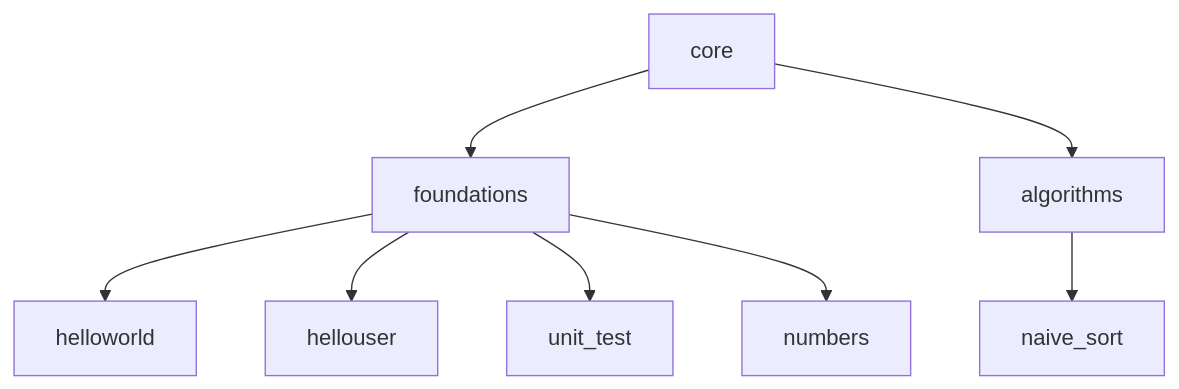
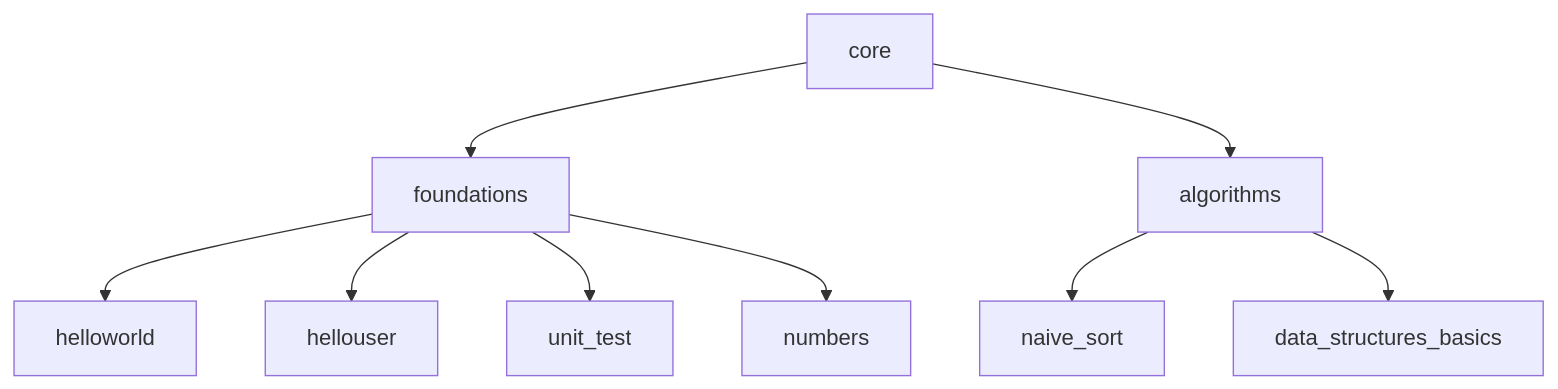
Before and after one commit to yorche3/elm: the diagram in core/README.md, drawn with Mermaid. The commit also changed other lines of this file and 2 other files, not shown here.

Commit message:
docs: add README for algorithms and update indexes

````diff
--- a/core/README.md
+++ b/core/README.md
@@ -22,10 +22,11 @@
 ```mermaid
 graph TD
     core --> foundations
     core --> algorithms
     foundations --> helloworld
     foundations --> hellouser
     foundations --> unit_test
     foundations --> numbers
     algorithms --> naive_sort
+    algorithms --> data_structures_basics
 ```
````
